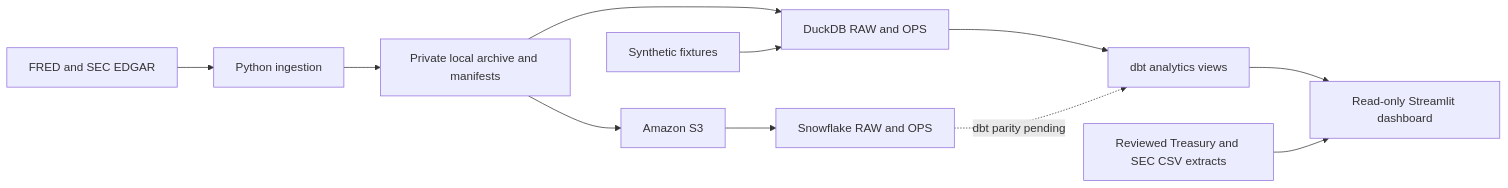
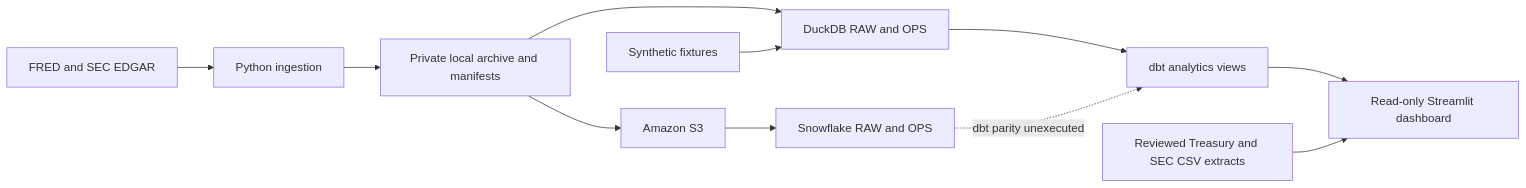
One commit to zidaneb29/financial-data-engineering-platform changed the diagram in docs/architecture.md. Above: the diagram before and after it, drawn with Mermaid. The commit also changed 5 other files, not shown here.

````diff
--- a/docs/architecture.md
+++ b/docs/architecture.md
@@ -3,13 +3,13 @@
 ```mermaid
 flowchart LR
     A[FRED and SEC EDGAR] --> B[Python ingestion]
     B --> C[Private local archive and manifests]
     C --> D[Amazon S3]
     D --> E[Snowflake RAW and OPS]
     C --> F[DuckDB RAW and OPS]
     G[Synthetic fixtures] --> F
     F --> H[dbt analytics views]
     H --> I[Read-only Streamlit dashboard]
     J[Reviewed Treasury and SEC CSV extracts] --> I
-    E -.->|dbt parity pending| H
+    E -.->|dbt parity unexecuted| H
 ```
````
